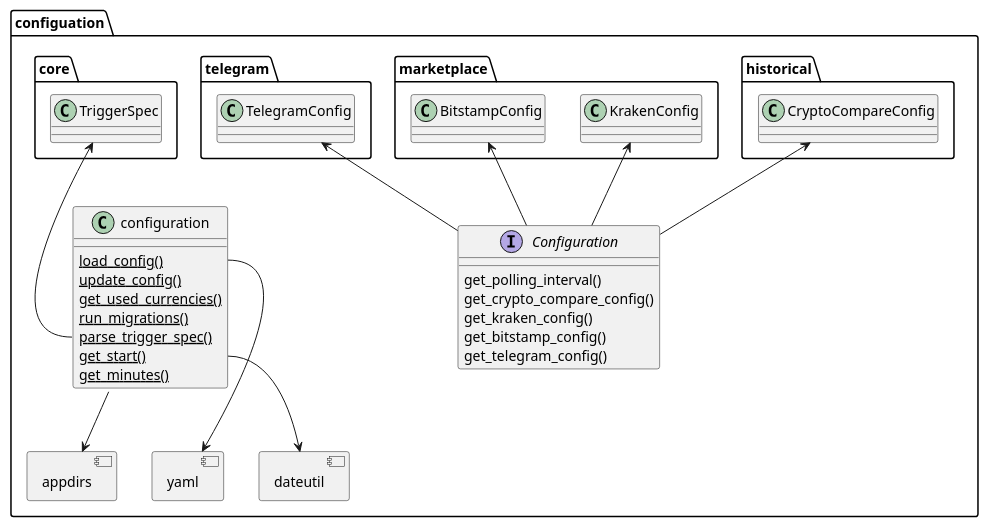
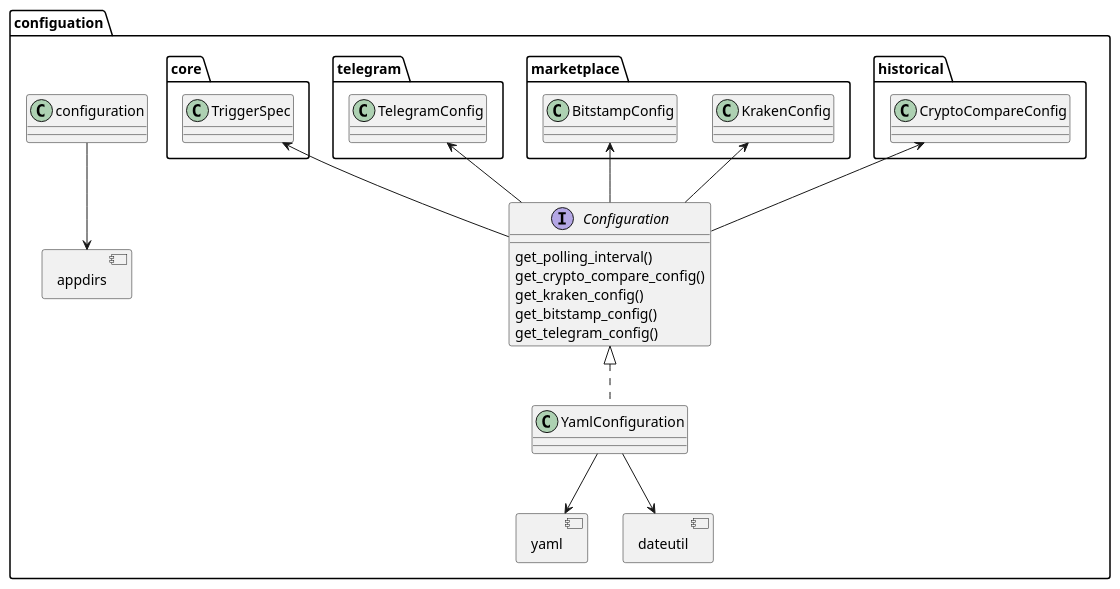
One commit to martin-ueding/vigilant-crypto-snatch changed the diagram in docs/dev/graphs/configuration.puml. Above: the diagram before and after it, drawn with PlantUML.

Commit message:
Update diagrams

```diff
--- a/docs/dev/graphs/configuration.puml
+++ b/docs/dev/graphs/configuration.puml
@@ -1,40 +1,33 @@
 @startuml
 
 allowmixing
 
 namespace configuation {
 component appdirs
 component yaml
 component dateutil
 
-class configuration {
-    {static} load_config()
-    {static} update_config()
-    {static} get_used_currencies()
-    {static} run_migrations()
-    {static} parse_trigger_spec()
-    {static} get_start()
-    {static} get_minutes()
-}
-
 interface Configuration {
     get_polling_interval()
     get_crypto_compare_config()
     get_kraken_config()
     get_bitstamp_config()
     get_telegram_config()
 }
 
+class YamlConfiguration implements Configuration
+
 historical.CryptoCompareConfig <-- Configuration
 marketplace.KrakenConfig <-- Configuration
 marketplace.BitstampConfig <-- Configuration
 telegram.TelegramConfig <-- Configuration
+core.TriggerSpec <-- Configuration
 
-configuration::load_config --> yaml
-configuration::get_start --> dateutil
-core.TriggerSpec <-- configuration::parse_trigger_spec
+YamlConfiguration --> dateutil
+YamlConfiguration --> yaml
+
 
 configuration --> appdirs
 
 }
 @enduml
```
